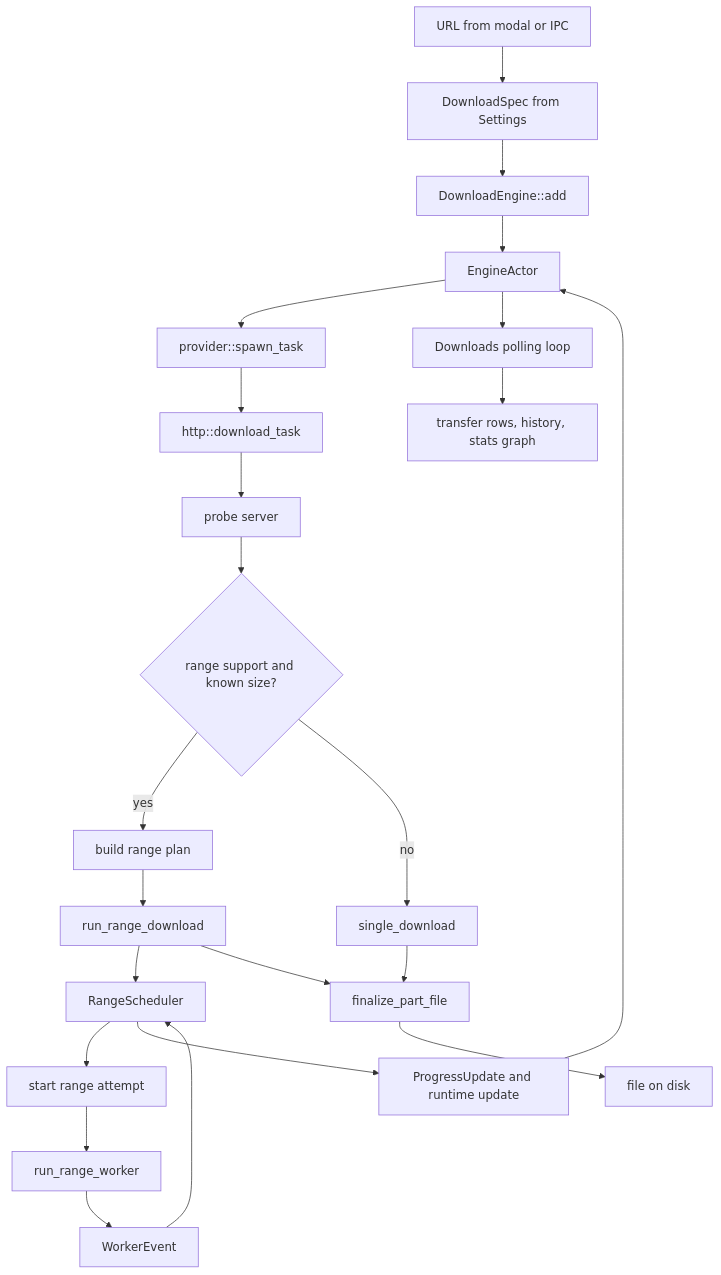
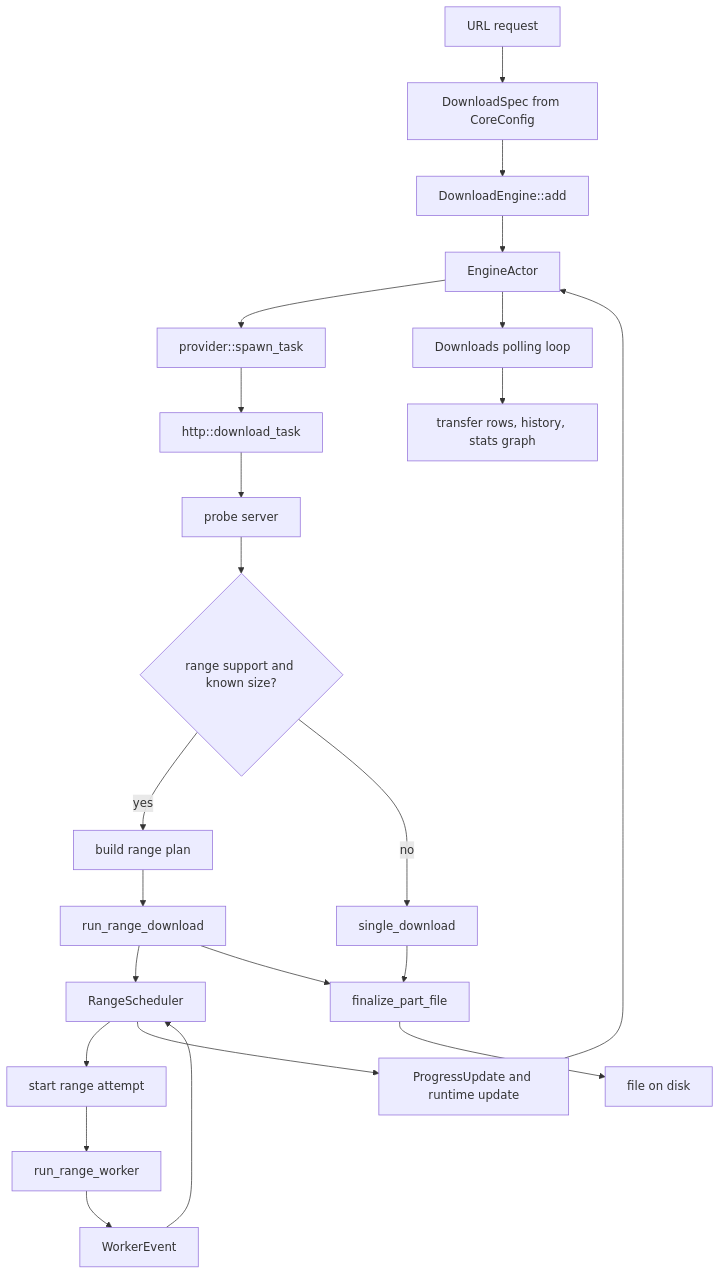
Before and after one commit to ophelianz/ophelia: the third of 9 diagrams in docs/core-diagrams.md, drawn with Mermaid. The commit also changed other lines of this file and 106 other files, not shown here.

````diff
--- a/docs/core-diagrams.md
+++ b/docs/core-diagrams.md
@@ -42,25 +38,25 @@
 ```mermaid
 flowchart TD
-  Url["URL from modal or IPC"] --> Spec["DownloadSpec from Settings"]
+  Url["URL request"] --> Spec["DownloadSpec from CoreConfig"]
   Spec --> EngineAdd["DownloadEngine::add"]
   EngineAdd --> Actor["EngineActor"]
   Actor --> Provider["provider::spawn_task"]
   Provider --> Task["http::download_task"]
   Task --> Probe["probe server"]
   Probe --> RangeQuestion{"range support and known size?"}
   RangeQuestion -->|"yes"| Plan["build range plan"]
   RangeQuestion -->|"no"| Single["single_download"]
   Plan --> Runner["run_range_download"]
   Runner --> Scheduler["RangeScheduler"]
   Scheduler --> Attempt["start range attempt"]
   Attempt --> Worker["run_range_worker"]
   Worker --> Event["WorkerEvent"]
   Event --> Scheduler
   Scheduler --> Progress["ProgressUpdate and runtime update"]
   Progress --> Actor
   Actor --> App["Downloads polling loop"]
   App --> Rows["transfer rows, history, stats graph"]
   Runner --> Finalize["finalize_part_file"]
   Single --> Finalize
   Finalize --> Disk["file on disk"]
 ```
````
